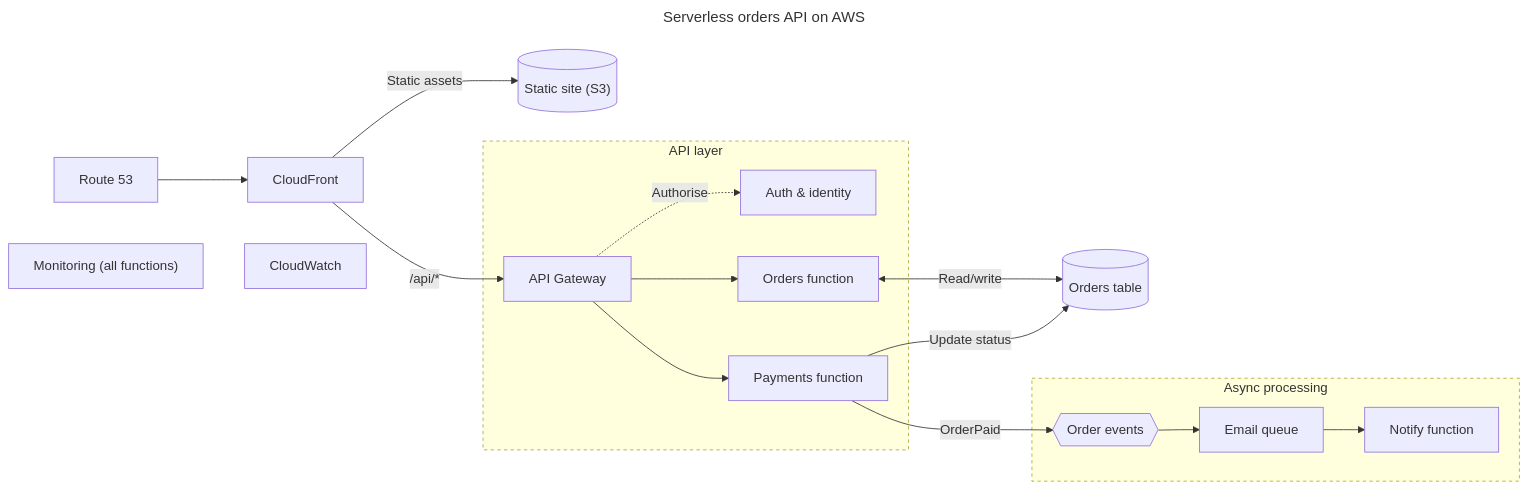
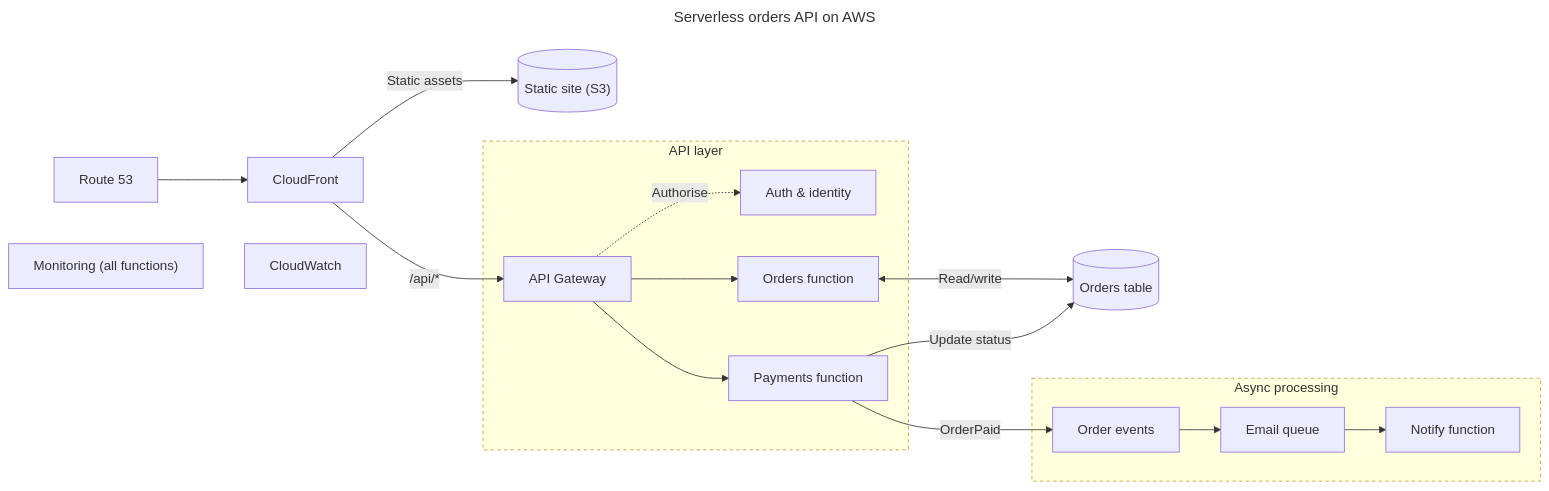
The diagram in src/mermaid/__tests__/golden/samples__aws-serverless.json.mmd (qant-au/reticulyne), drawn with Mermaid before and after one commit. The commit also changed 31 other files, not shown here.

```diff
--- a/src/mermaid/__tests__/golden/samples__aws-serverless.json.mmd
+++ b/src/mermaid/__tests__/golden/samples__aws-serverless.json.mmd
@@ -1,35 +1,35 @@
 ---
 title: "Serverless orders API on AWS"
 ---
 flowchart LR
   route53["Route 53"]
   cloudfront["CloudFront"]
   site[("Static site (S3)")]
   orders_db[("Orders table")]
   cloudwatch["CloudWatch"]
   subgraph api_layer ["API layer"]
     cognito["Auth & identity"]
     apigw["API Gateway"]
     orders_fn["Orders function"]
     payments_fn["Payments function"]
   end
   subgraph async ["Async processing"]
-    events{{"Order events"}}
+    events["Order events"]
     email_queue["Email queue"]
     notify_fn["Notify function"]
   end
   note_aws_note_1["Monitoring (all functions)"]
   route53 --> cloudfront
   cloudfront -->|"Static assets"| site
   cloudfront -->|"/api/*"| apigw
   apigw -.->|"Authorise"| cognito
   apigw --> orders_fn
   apigw --> payments_fn
   orders_fn <-->|"Read/write"| orders_db
   payments_fn -->|"Update status"| orders_db
   payments_fn -->|"OrderPaid"| events
   events --> email_queue
   email_queue --> notify_fn
   note_aws_note_1 ~~~ cloudwatch
   style api_layer stroke-dasharray:4 4
   style async stroke-dasharray:4 4
```
